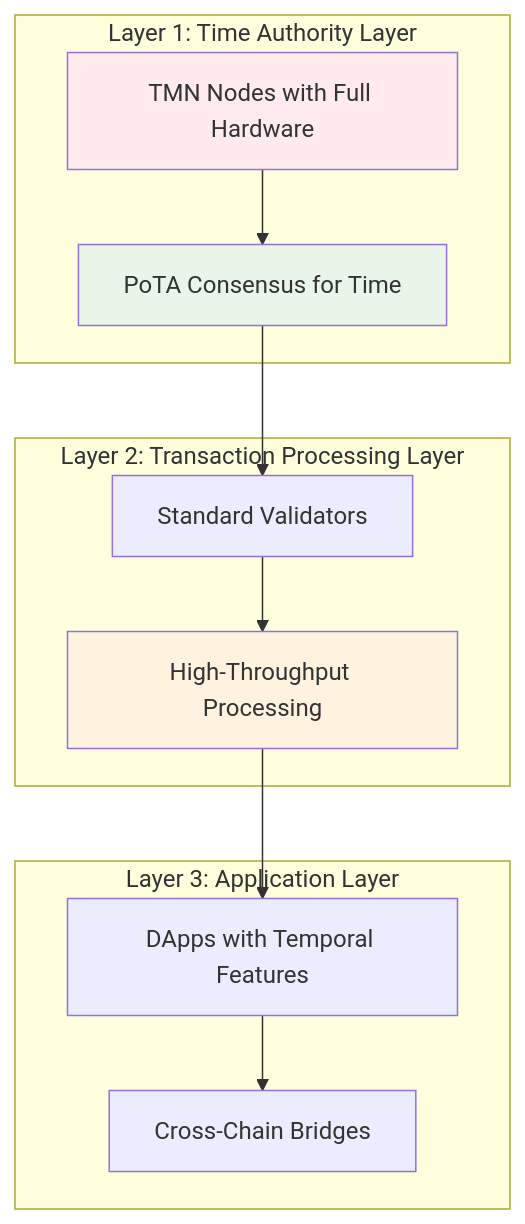
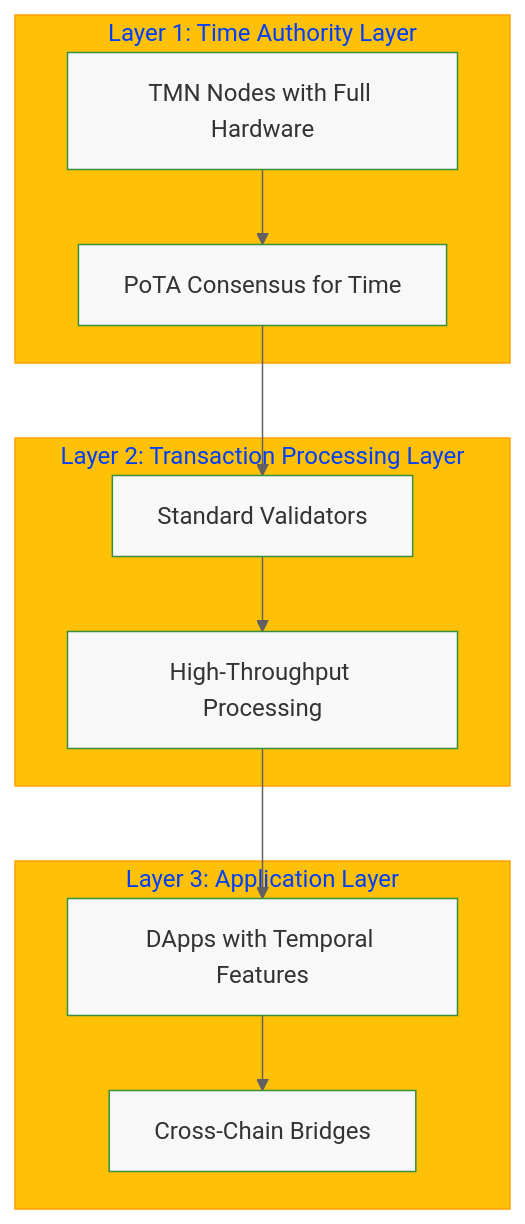
One commit to nshkrdotcom/ChronoLedger changed the second of 5 diagrams in DESIGN_REVIEW_AND_STRATEGIC_RECOMMENDATIONS.md. Above: the diagram before and after it, drawn with Mermaid. The commit also changed other lines of this file and 6 other files, not shown here.

````diff
--- a/DESIGN_REVIEW_AND_STRATEGIC_RECOMMENDATIONS.md
+++ b/DESIGN_REVIEW_AND_STRATEGIC_RECOMMENDATIONS.md
@@ -135,27 +146,34 @@
 ```mermaid
+%%{init: {'theme': 'base', 'themeVariables': {
+    'primaryColor': '#4CAF50',
+    'primaryBorderColor': '#388E3C',
+    'secondaryColor': '#2196F3',
+    'secondaryBorderColor': '#1976D2',
+    'tertiaryColor': '#FFC107',
+    'tertiaryBorderColor': '#FFA000',
+    'lineColor': '#616161',
+    'textColor': '#212121',
+    'mainBkg': '#F8F8F8'
+}}}%%
 graph TD
     subgraph "Layer 1: Time Authority Layer"
         TMN[TMN Nodes with Full Hardware]
         CONSENSUS[PoTA Consensus for Time]
     end
     
     subgraph "Layer 2: Transaction Processing Layer"
         VALIDATORS[Standard Validators]
         PROCESSING[High-Throughput Processing]
     end
     
     subgraph "Layer 3: Application Layer"
         DAPPS[DApps with Temporal Features]
         BRIDGE[Cross-Chain Bridges]
     end
     
     TMN --> CONSENSUS
     CONSENSUS --> VALIDATORS
     VALIDATORS --> PROCESSING
     PROCESSING --> DAPPS
     DAPPS --> BRIDGE
-    
-    style TMN fill:#ffebee
-    style CONSENSUS fill:#e8f5e8
-    style PROCESSING fill:#fff3e0
 ```
````
